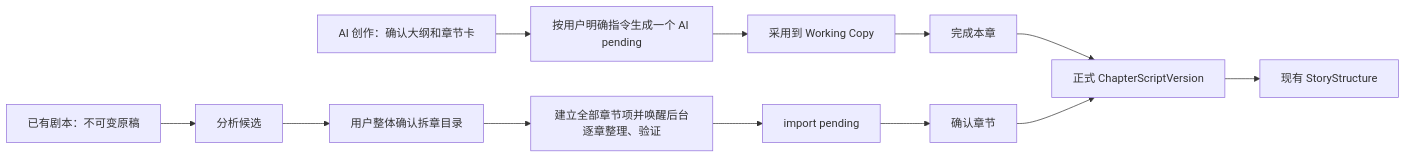
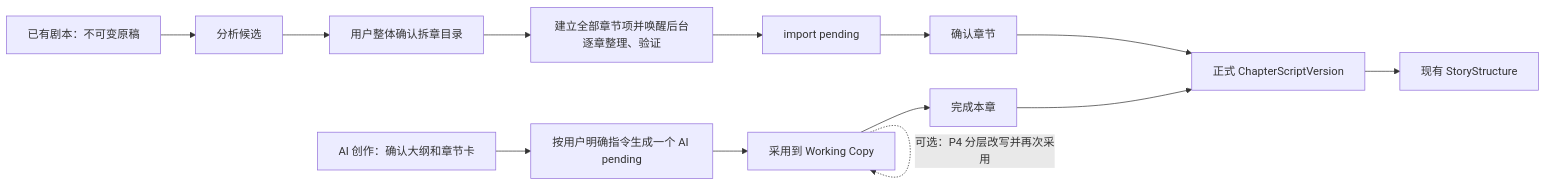
The diagram in 文档/02_架构与契约/2026-07-16_双流程来源与状态契约.md (569701501/AIRoaming), drawn with Mermaid before and after one commit. The commit also changed other lines of this file and 23 other files, not shown here.

````diff
--- a/文档/02_架构与契约/2026-07-16_双流程来源与状态契约.md
+++ b/文档/02_架构与契约/2026-07-16_双流程来源与状态契约.md
@@ -53,16 +54,17 @@
 ```mermaid
 flowchart LR
   A["AI 创作：确认大纲和章节卡"] --> B["按用户明确指令生成一个 AI pending"]
   B --> C["采用到 Working Copy"]
+  C -. "可选：P4 分层改写并再次采用" .-> C
   C --> D["完成本章"]
   D --> E["正式 ChapterScriptVersion"]
 
   F["已有剧本：不可变原稿"] --> G["分析候选"]
   G --> H["用户整体确认拆章目录"]
   H --> I["建立全部章节项并唤醒后台逐章整理、验证"]
   I --> J["import pending"]
   J --> K["确认章节"]
   K --> E
 
   E --> L["现有 StoryStructure"]
 ```
````
